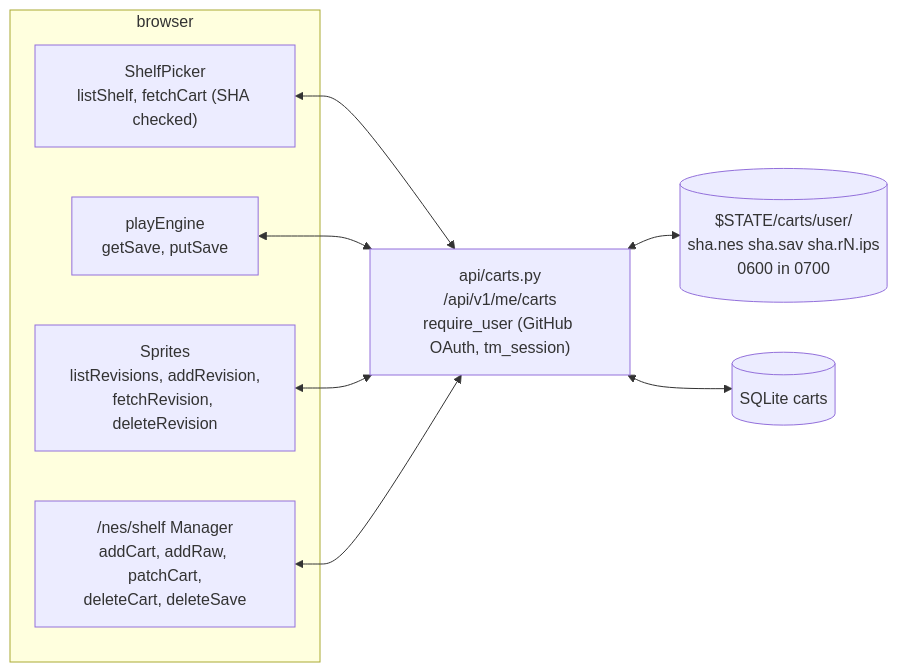
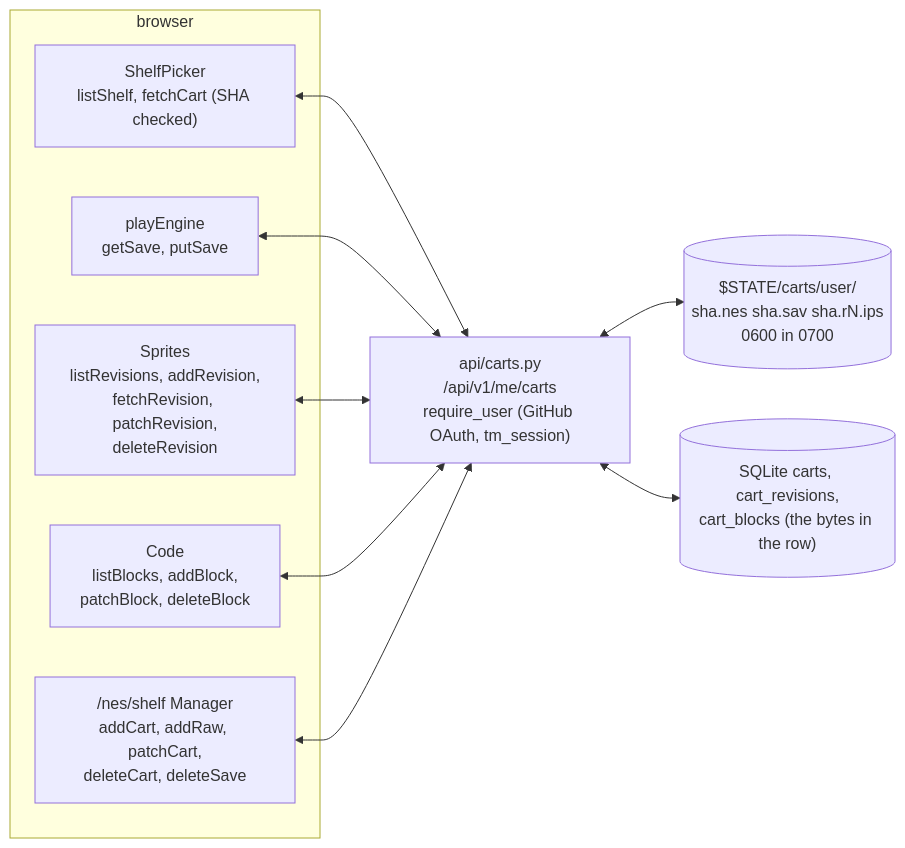
Before and after one commit to tinymachines/public: the fifth of 6 diagrams in docs/nes/workbench.md, drawn with Mermaid. The commit also changed other lines of this file and 1 other file, not shown here.

Commit message:
The desk's document follows: the four things the survey found missing arrived, and the drawings, tables and words say so

````diff
--- a/docs/nes/workbench.md
+++ b/docs/nes/workbench.md
@@ -434,16 +453,17 @@
 ```mermaid
-%% The cartridge shelf: four callers in the browser, one API behind a GitHub sign-in, and the files and rows it keeps on the server.
+%% The cartridge shelf: five callers in the browser, one API behind a GitHub sign-in, and the files and rows it keeps on the server.
 flowchart LR
   subgraph browser
     picker["ShelfPicker<br/>listShelf, fetchCart (SHA checked)"]
     eng["playEngine<br/>getSave, putSave"]
-    spr["Sprites<br/>listRevisions, addRevision,<br/>fetchRevision, deleteRevision"]
+    spr["Sprites<br/>listRevisions, addRevision,<br/>fetchRevision, patchRevision,<br/>deleteRevision"]
+    code["Code<br/>listBlocks, addBlock,<br/>patchBlock, deleteBlock"]
     mgr["/nes/shelf Manager<br/>addCart, addRaw, patchCart,<br/>deleteCart, deleteSave"]
   end
   api["api/carts.py<br/>/api/v1/me/carts<br/>require_user (GitHub OAuth, tm_session)"]
   disk[("$STATE/carts/user/<br/>sha.nes  sha.sav  sha.rN.ips<br/>0600 in 0700")]
-  db[("SQLite carts")]
-  picker & eng & spr & mgr <--> api
+  db[("SQLite carts, cart_revisions,<br/>cart_blocks (the bytes in the row)")]
+  picker & eng & spr & code & mgr <--> api
   api <--> disk
   api <--> db
 ```
````
